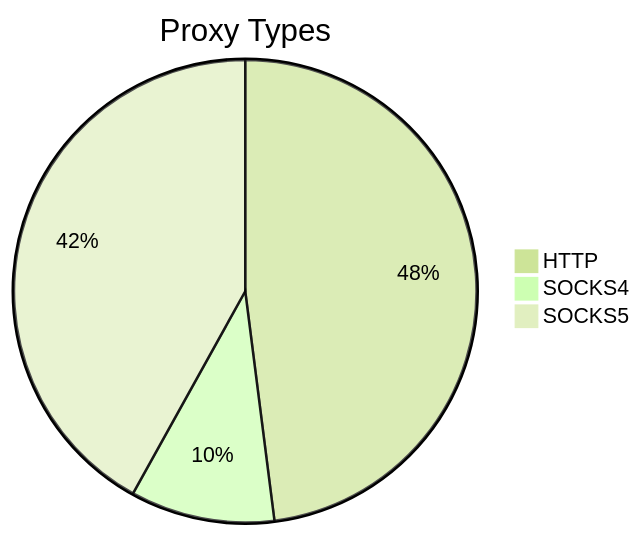
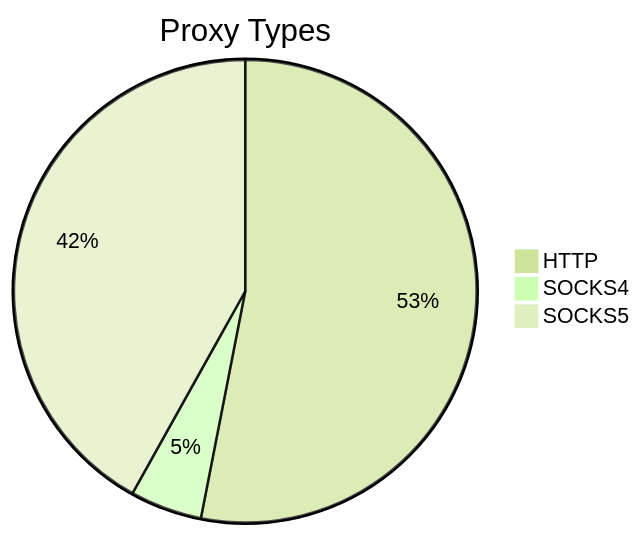
One commit to stormsia/proxy-list changed the first of 2 diagrams in README.md. Above: the diagram before and after it, drawn with Mermaid (forest theme). The commit also changed other lines of this file, not shown here.

````diff
--- a/README.md
+++ b/README.md
@@ -21,6 +21,6 @@
 ```mermaid
 pie title Proxy Types
-    "HTTP" : 119
-    "SOCKS4" : 25
-    "SOCKS5" : 104
+    "HTTP" : 95
+    "SOCKS4" : 9
+    "SOCKS5" : 75
 ```
````
